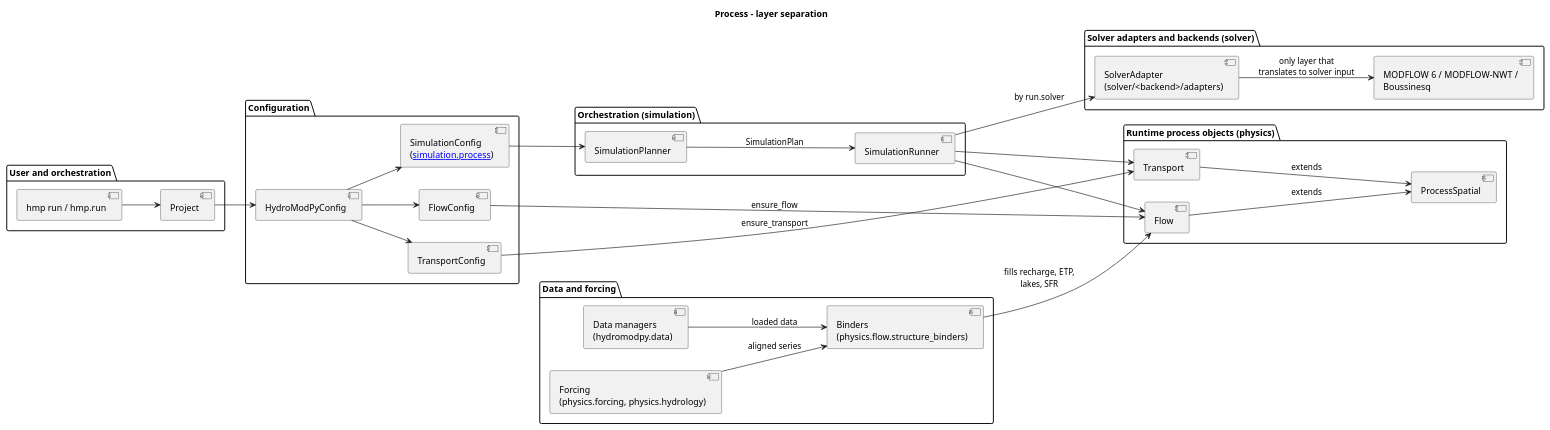
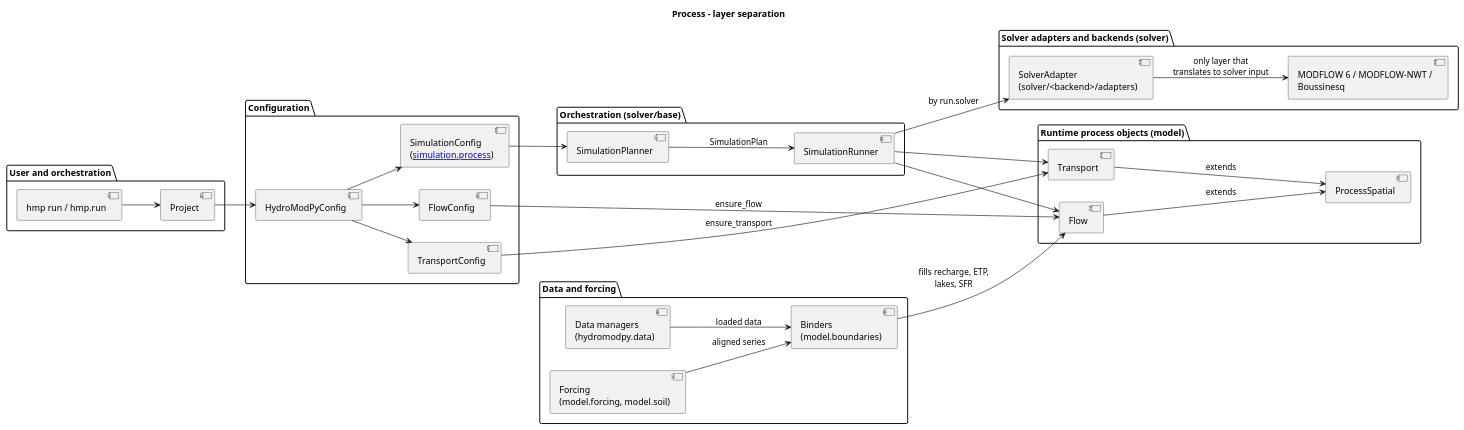
Before and after one commit to HydroModPy/HydroModPy: the diagram in docs/source/contribute/architecture/process/diagrams/process_layered_components.wsd, drawn with PlantUML. The commit also changed 795 other files, not shown here.

Commit message:
refactor(model): create model, dissolve physics and simulation

```diff
--- a/docs/source/contribute/architecture/process/diagrams/process_layered_components.wsd
+++ b/docs/source/contribute/architecture/process/diagrams/process_layered_components.wsd
@@ -1,60 +1,60 @@
 @startuml
 title Process - layer separation
 left to right direction
 
 package "User and orchestration" {
   component "hmp run / hmp.run" as Entry
   component "Project" as ProjectFacade
 }
 
 package "Configuration" {
   component "HydroModPyConfig" as HydroModPyConfig
   component "FlowConfig" as FlowConfig
   component "TransportConfig" as TransportConfig
   component "SimulationConfig\n([[simulation.process]])" as SimulationConfig
 }
 
 package "Data and forcing" {
   component "Data managers\n(hydromodpy.data)" as DataManagers
-  component "Binders\n(physics.flow.structure_binders)" as Binders
-  component "Forcing\n(physics.forcing, physics.hydrology)" as Forcing
+  component "Binders\n(model.boundaries)" as Binders
+  component "Forcing\n(model.forcing, model.soil)" as Forcing
 }
 
-package "Runtime process objects (physics)" {
+package "Runtime process objects (model)" {
   component "ProcessSpatial" as ProcessSpatial
   component "Flow" as Flow
   component "Transport" as Transport
 }
 
-package "Orchestration (simulation)" {
+package "Orchestration (solver/base)" {
   component "SimulationPlanner" as Planner
   component "SimulationRunner" as Runner
 }
 
 package "Solver adapters and backends (solver)" {
   component "SolverAdapter\n(solver/<backend>/adapters)" as Adapter
   component "MODFLOW 6 / MODFLOW-NWT /\nBoussinesq" as Backends
 }
 
 Entry --> ProjectFacade
 ProjectFacade --> HydroModPyConfig
 HydroModPyConfig --> FlowConfig
 HydroModPyConfig --> TransportConfig
 HydroModPyConfig --> SimulationConfig
 
 FlowConfig --> Flow : ensure_flow
 TransportConfig --> Transport : ensure_transport
 Flow --> ProcessSpatial : extends
 Transport --> ProcessSpatial : extends
 
 DataManagers --> Binders : loaded data
 Forcing --> Binders : aligned series
 Binders --> Flow : fills recharge, ETP,\nlakes, SFR
 
 SimulationConfig --> Planner
 Planner --> Runner : SimulationPlan
 Runner --> Flow
 Runner --> Transport
 Runner --> Adapter : by run.solver
 Adapter --> Backends : only layer that\ntranslates to solver input
 @enduml
```
